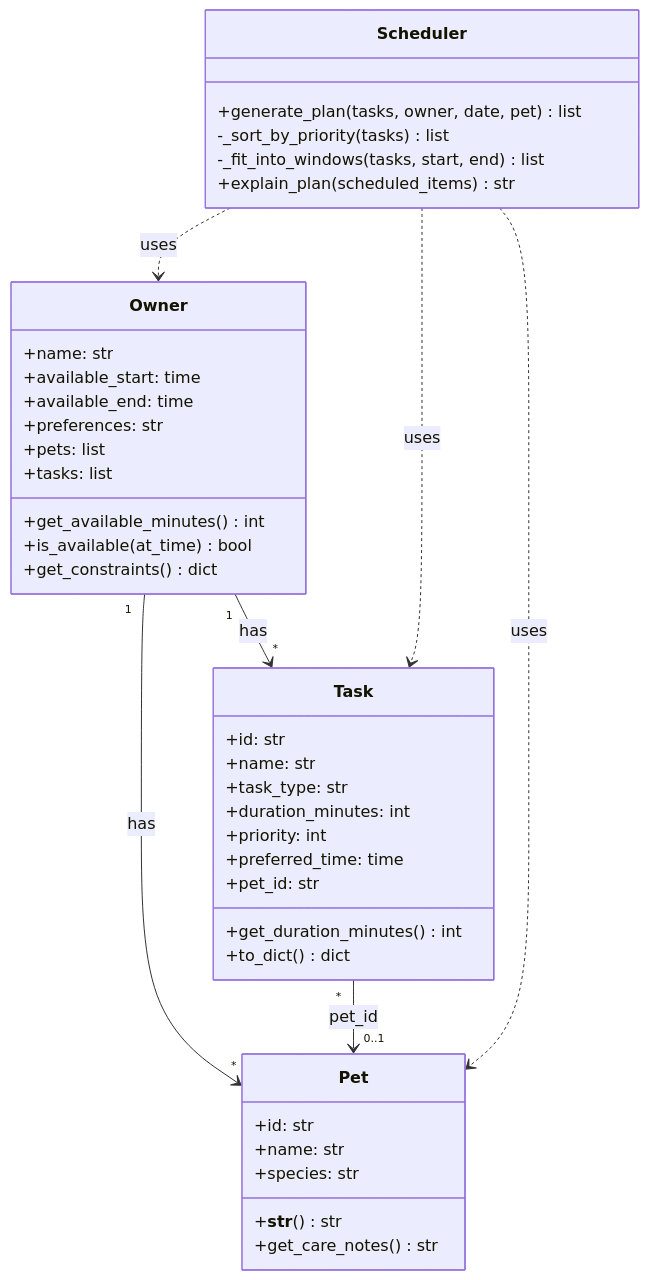
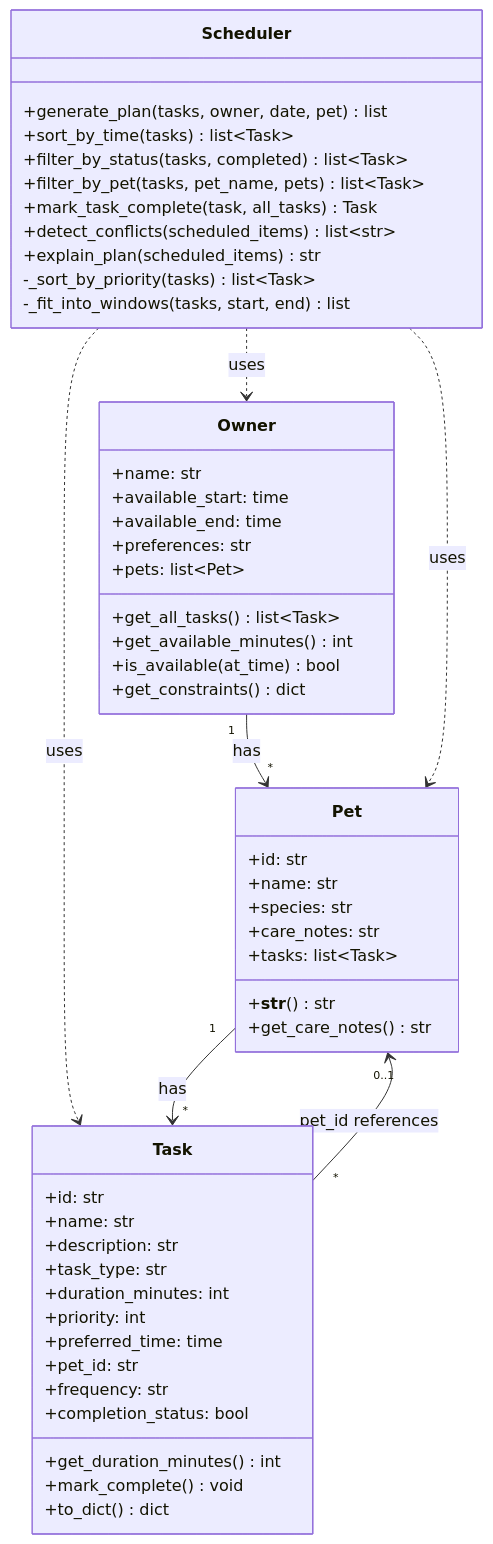
The diagram in class-diagram.md (xulinxi/ai110-module2show-pawpal-starter), drawn with Mermaid before and after one commit. The commit also changed other lines of this file and 9 other files, not shown here.

````diff
--- a/class-diagram.md
+++ b/class-diagram.md
@@ -5,48 +5,59 @@
 ```mermaid
 classDiagram
     class Owner {
         +name: str
         +available_start: time
         +available_end: time
         +preferences: str
-        +pets: list
-        +tasks: list
+        +pets: list~Pet~
+        +get_all_tasks() list~Task~
         +get_available_minutes() int
         +is_available(at_time) bool
         +get_constraints() dict
     }
 
     class Pet {
         +id: str
         +name: str
         +species: str
+        +care_notes: str
+        +tasks: list~Task~
         +__str__() str
         +get_care_notes() str
     }
 
     class Task {
         +id: str
         +name: str
+        +description: str
         +task_type: str
         +duration_minutes: int
         +priority: int
         +preferred_time: time
         +pet_id: str
+        +frequency: str
+        +completion_status: bool
         +get_duration_minutes() int
+        +mark_complete() void
         +to_dict() dict
     }
 
     class Scheduler {
         +generate_plan(tasks, owner, date, pet) list
-        -_sort_by_priority(tasks) list
+        +sort_by_time(tasks) list~Task~
+        +filter_by_status(tasks, completed) list~Task~
+        +filter_by_pet(tasks, pet_name, pets) list~Task~
+        +mark_task_complete(task, all_tasks) Task
+        +detect_conflicts(scheduled_items) list~str~
+        +explain_plan(scheduled_items) str
+        -_sort_by_priority(tasks) list~Task~
         -_fit_into_windows(tasks, start, end) list
-        +explain_plan(scheduled_items) str
     }
 
     Owner "1" --> "*" Pet : has
-    Owner "1" --> "*" Task : has
-    Task "*" --> "0..1" Pet : pet_id
+    Pet "1" --> "*" Task : has
+    Task "*" --> "0..1" Pet : pet_id references
     Scheduler ..> Task : uses
     Scheduler ..> Owner : uses
     Scheduler ..> Pet : uses
 ```
````
